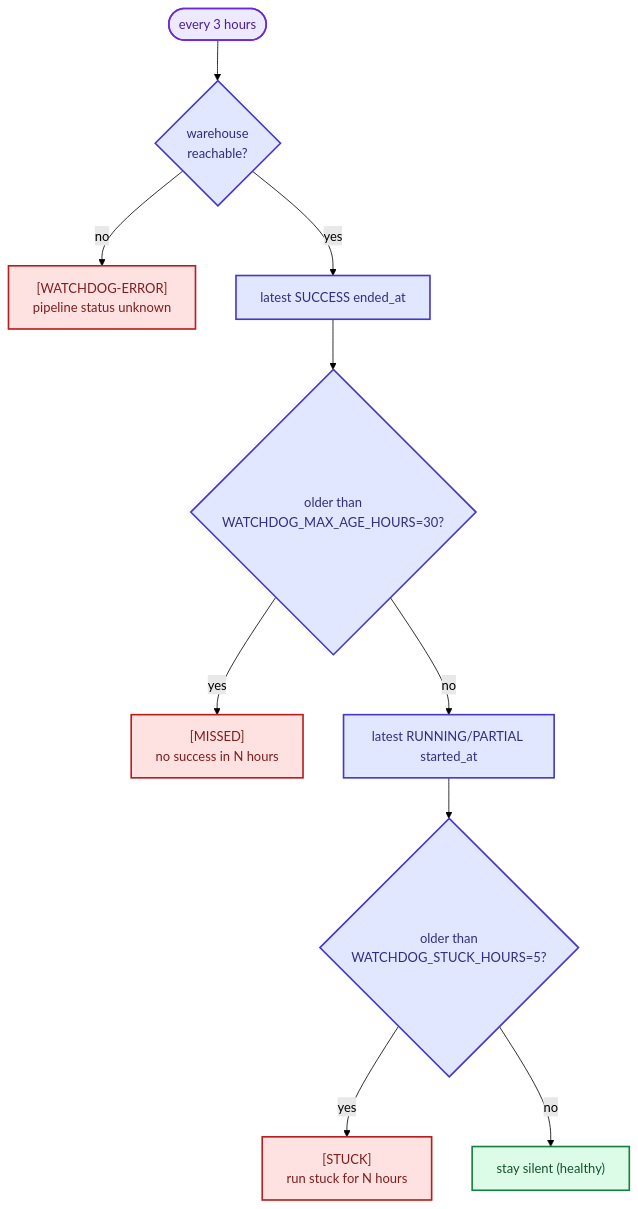
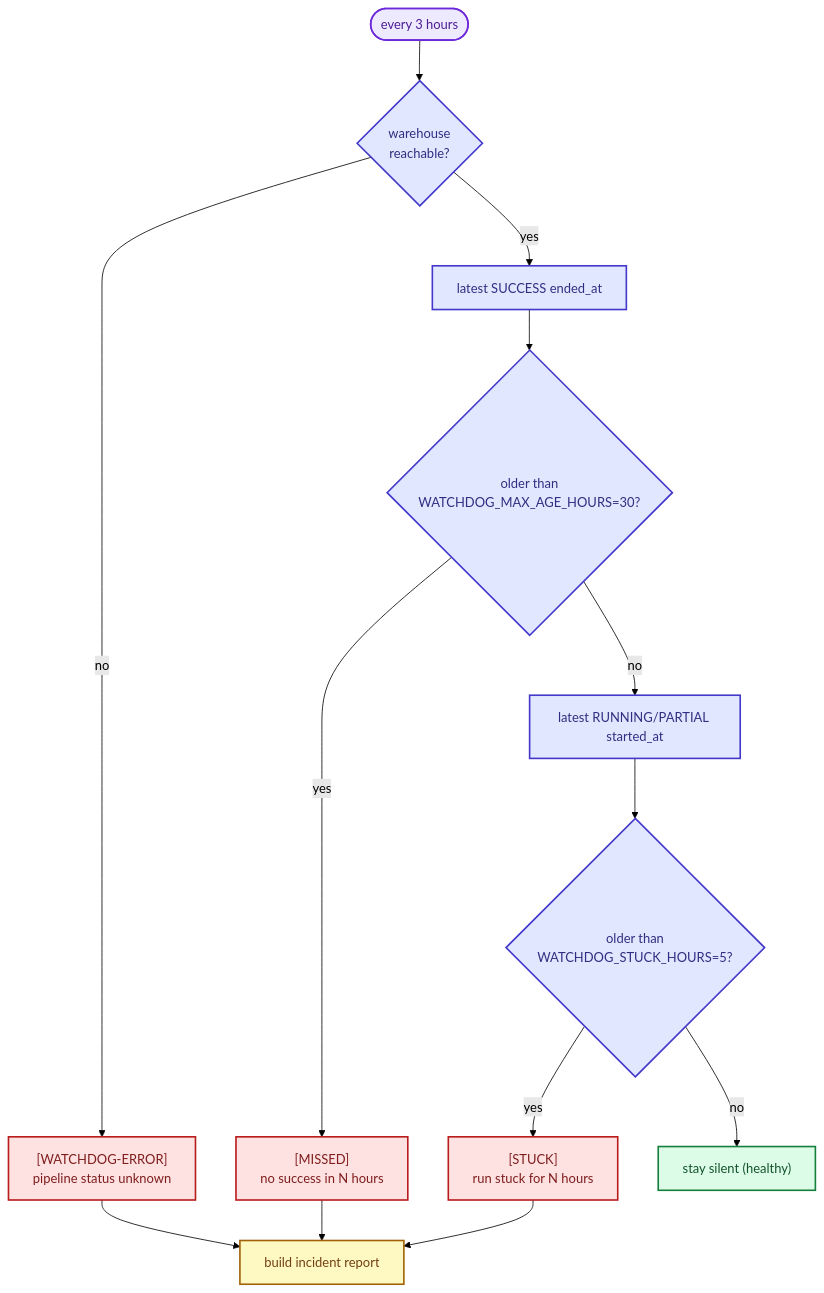
The third of 5 diagrams in docs/AIRFLOW.md (Nitinx12/Banking-Delta-Lakehouse), drawn with Mermaid (forest theme) before and after one commit. The commit also changed other lines of this file and 20 other files, not shown here.

````diff
--- a/docs/AIRFLOW.md
+++ b/docs/AIRFLOW.md
@@ -167,21 +175,27 @@
 ```mermaid
 flowchart TB
     TICK(["every 3 hours"]) --> CONN{"warehouse<br/>reachable?"}
     CONN -->|no| ERR["[WATCHDOG-ERROR]<br/>pipeline status unknown"]
     CONN -->|yes| LAST["latest SUCCESS ended_at"]
     LAST --> AGE{"older than<br/>WATCHDOG_MAX_AGE_HOURS=30?"}
     AGE -->|yes| MISSED["[MISSED]<br/>no success in N hours"]
     AGE -->|no| RUN["latest RUNNING/PARTIAL started_at"]
     RUN --> STUCK{"older than<br/>WATCHDOG_STUCK_HOURS=5?"}
     STUCK -->|yes| STUCKMAIL["[STUCK]<br/>run stuck for N hours"]
     STUCK -->|no| SILENT["stay silent (healthy)"]
 
+    MISSED --> INC["build incident report"]
+    STUCKMAIL --> INC
+    ERR --> INC
+
     classDef tick fill:#ede9fe,stroke:#6d28d9,color:#4c1d95,stroke-width:2px
     classDef check fill:#e0e7ff,stroke:#4338ca,color:#312e81,stroke-width:2px
     classDef bad fill:#fee2e2,stroke:#b91c1c,color:#7f1d1d,stroke-width:2px
     classDef ok fill:#dcfce7,stroke:#15803d,color:#14532d,stroke-width:2px
+    classDef report fill:#fef9c3,stroke:#a16207,color:#713f12,stroke-width:2px
     class TICK tick
     class CONN,AGE,STUCK,RUN,LAST check
     class ERR,MISSED,STUCKMAIL bad
     class SILENT ok
+    class INC report
 ```
````
